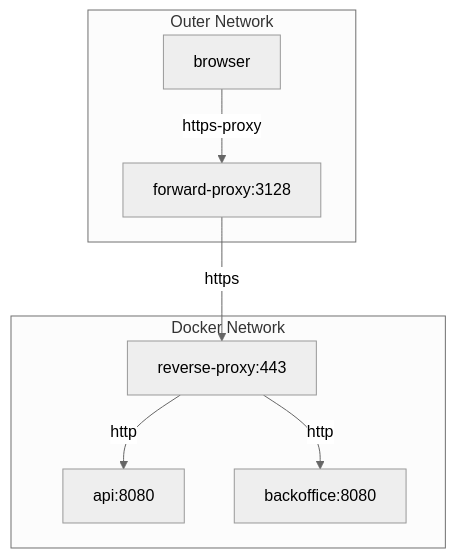
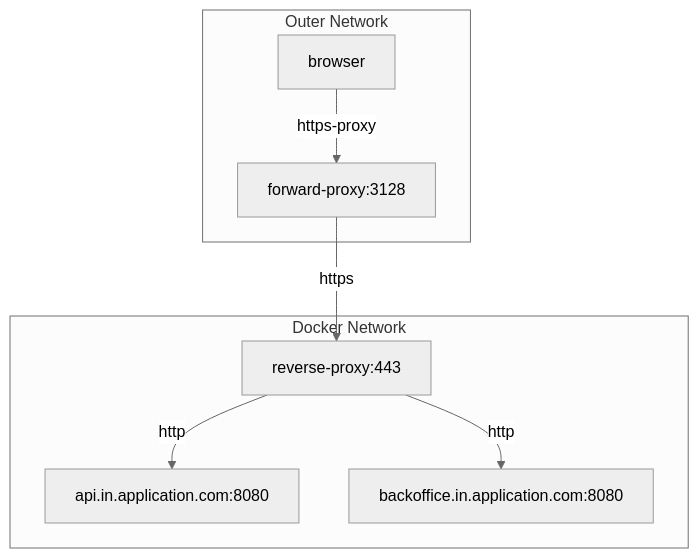
The diagram in README.md (srbt/developers-gateway), drawn with Mermaid (neutral theme) before and after one commit. The commit also changed other lines of this file, not shown here.

````diff
--- a/README.md
+++ b/README.md
@@ -19,19 +19,19 @@
 ```mermaid
 graph TD;
     subgraph Outer Network
         browser
         FP[forward-proxy:3128]
         browser -->|https-proxy| FP
     end
     
     subgraph Docker Network
         RP[reverse-proxy:443]
-        API[api:8080]
-        BO[backoffice:8080]
+        API[api.in.application.com:8080]
+        BO[backoffice.in.application.com:8080]
         
         FP -->|https| RP
         RP -->|http| API
         RP -->|http| BO
     end
 
 ```
````
